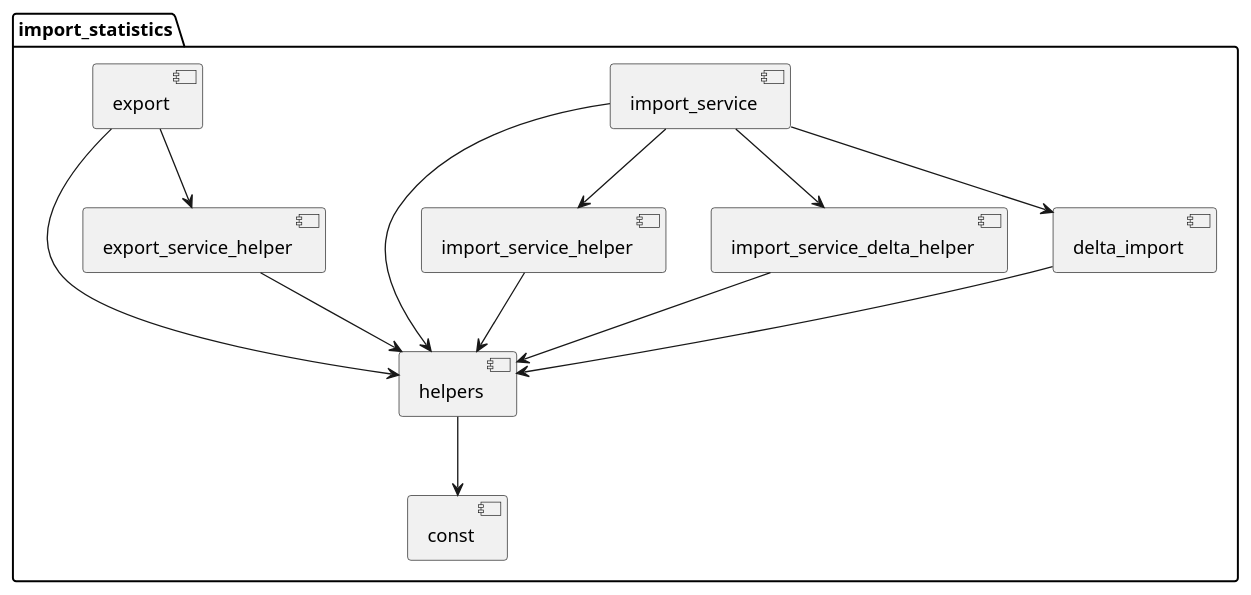
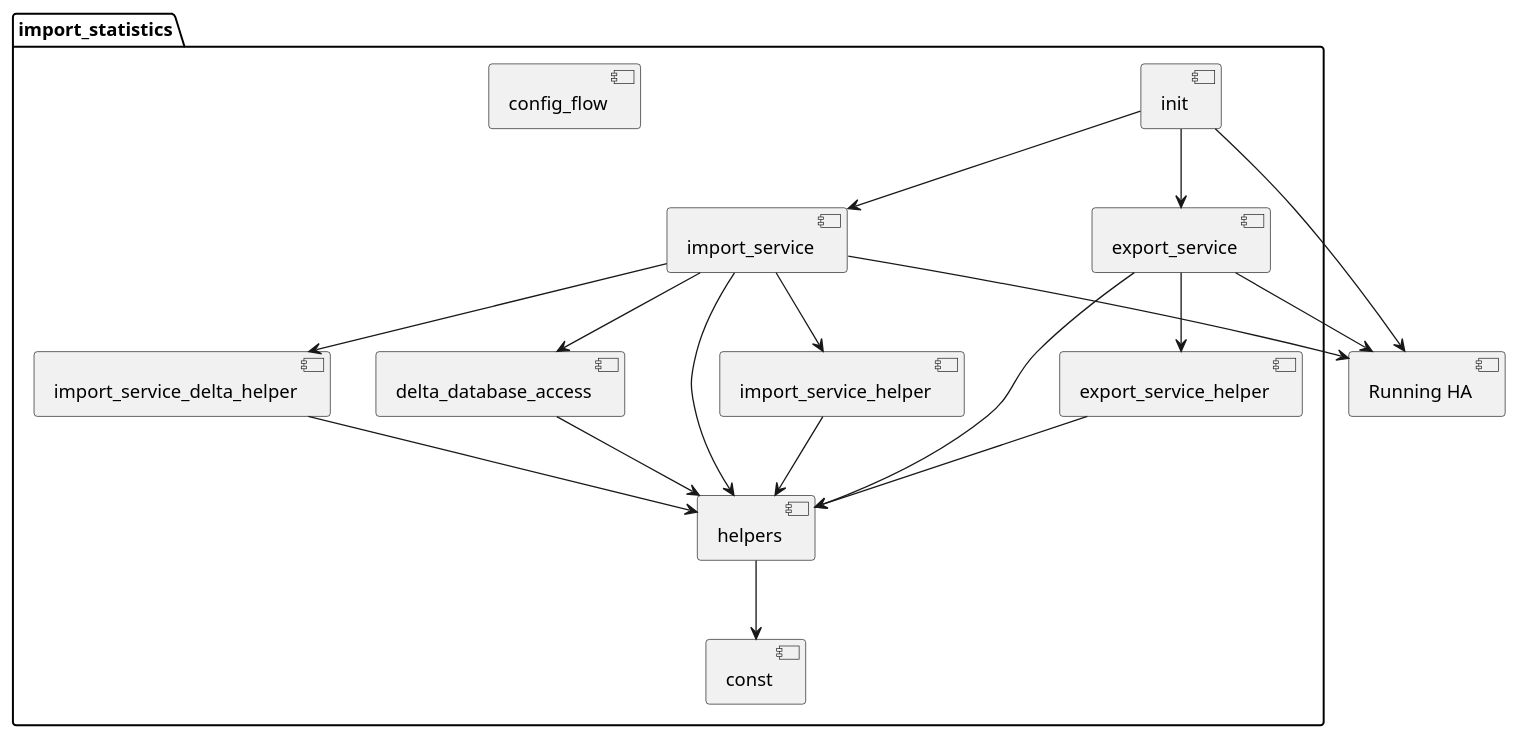
One commit to klausj1/homeassistant-statistics changed the diagram in docs/dev/architecture.md. Above: the diagram before and after it, drawn with PlantUML. The commit also changed other lines of this file and 6 other files, not shown here.

````diff
--- a/docs/dev/architecture.md
+++ b/docs/dev/architecture.md
@@ -686,28 +82,40 @@
 ```plantuml
 @startuml Module Dependencies
 
 package "import_statistics" {
   component "const"
   component "helpers"
   component "import_service"
   component "import_service_helper"
   component "import_service_delta_helper"
-  component "delta_import"
-  component "export"
+  component "delta_database_access"
+  component "export_service"
   component "export_service_helper"
+  component "init"
+  component "config_flow"
 }
 
+  component "Running HA" as ha_core
+
+' Internal dependencies
 helpers --> const
 import_service --> import_service_helper
-import_service --> delta_import
+import_service --> delta_database_access
 import_service --> import_service_delta_helper
 import_service --> helpers
 import_service_helper --> helpers
 import_service_delta_helper --> helpers
-delta_import --> helpers
-export --> export_service_helper
-export --> helpers
+delta_database_access --> helpers
+export_service --> export_service_helper
+export_service --> helpers
 export_service_helper --> helpers
+init --> import_service
+init --> export_service
+
+' Home Assistant Core dependencies
+init --> ha_core
+import_service --> ha_core
+export_service --> ha_core
 
 @enduml
 ```
````
